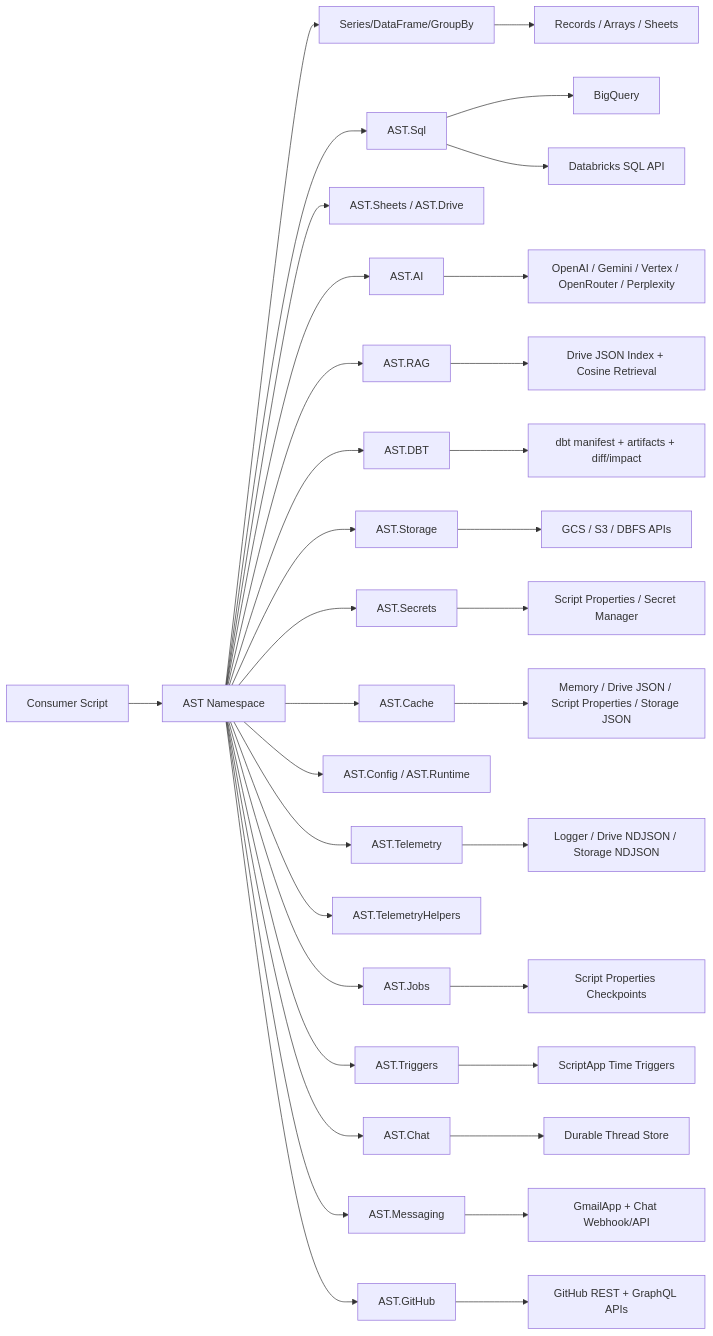
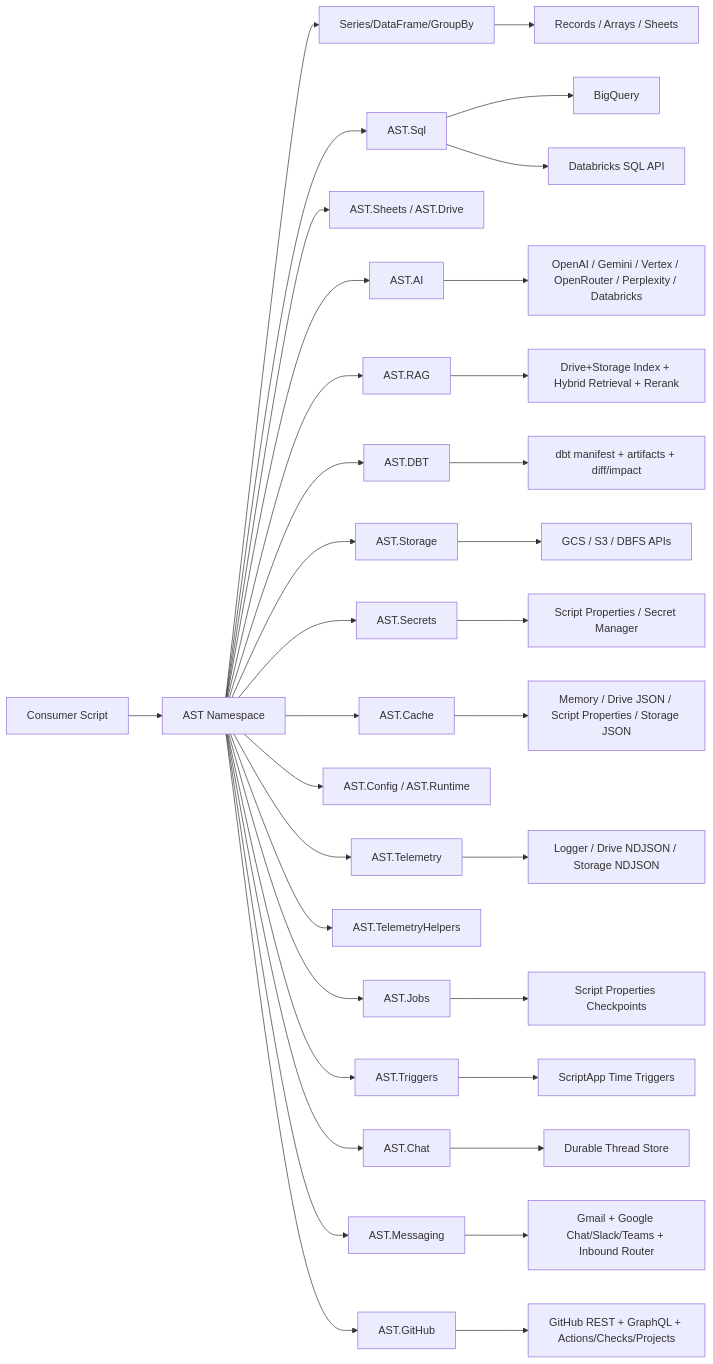
Before and after one commit to joe-broadhead/apps-script-tools: the diagram in docs/index.md, drawn with Mermaid. The commit also changed other lines of this file and 1 other file, not shown here.

Commit message:
docs: sync quick reference and index with shipped v0.0.5 surfaces

````diff
--- a/docs/index.md
+++ b/docs/index.md
@@ -41,36 +41,36 @@
 ```mermaid
 flowchart LR
     A[Consumer Script] --> B[AST Namespace]
     B --> C[Series/DataFrame/GroupBy]
     B --> D[AST.Sql]
     B --> E[AST.Sheets / AST.Drive]
     B --> I[AST.AI]
     B --> K[AST.RAG]
     B --> Y[AST.DBT]
     B --> M[AST.Storage]
     B --> AA[AST.Secrets]
     B --> Q[AST.Cache]
     B --> S[AST.Config / AST.Runtime]
     B --> O[AST.Telemetry]
     B --> TH[AST.TelemetryHelpers]
     B --> T[AST.Jobs]
     B --> AC[AST.Triggers]
     B --> W[AST.Chat]
     B --> ME[AST.Messaging]
     B --> GH[AST.GitHub]
     D --> F[BigQuery]
     D --> G[Databricks SQL API]
-    I --> J[OpenAI / Gemini / Vertex / OpenRouter / Perplexity]
-    K --> L[Drive JSON Index + Cosine Retrieval]
+    I --> J[OpenAI / Gemini / Vertex / OpenRouter / Perplexity / Databricks]
+    K --> L[Drive+Storage Index + Hybrid Retrieval + Rerank]
     Y --> Z[dbt manifest + artifacts + diff/impact]
     M --> N[GCS / S3 / DBFS APIs]
     AA --> AB["Script Properties / Secret Manager"]
     Q --> R["Memory / Drive JSON / Script Properties / Storage JSON"]
     O --> P[Logger / Drive NDJSON / Storage NDJSON]
     T --> U["Script Properties Checkpoints"]
     AC --> AD["ScriptApp Time Triggers"]
     W --> X["Durable Thread Store"]
-    ME --> MM["GmailApp + Chat Webhook/API"]
-    GH --> GHAPI[GitHub REST + GraphQL APIs]
+    ME --> MM["Gmail + Google Chat/Slack/Teams + Inbound Router"]
+    GH --> GHAPI[GitHub REST + GraphQL + Actions/Checks/Projects]
     C --> H[Records / Arrays / Sheets]
 ```
````
